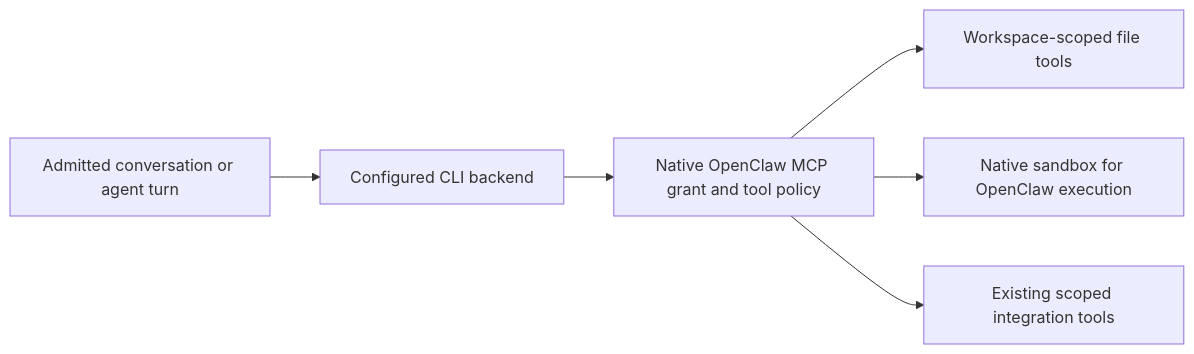
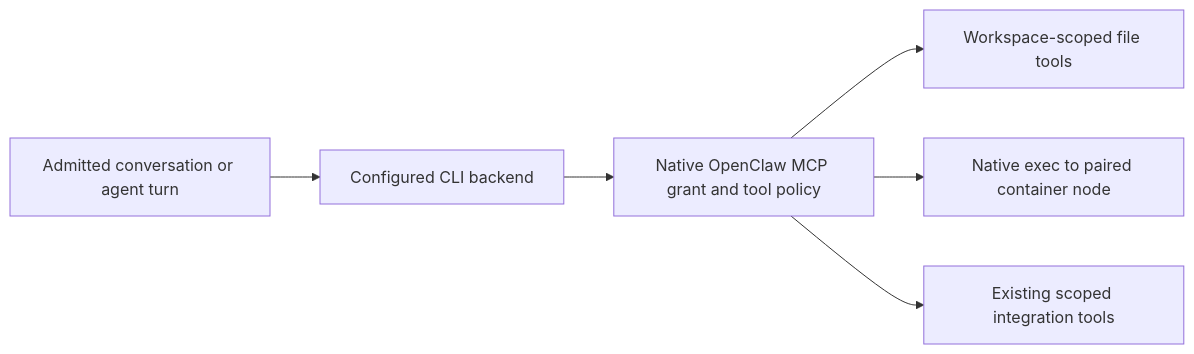
Before and after one commit to coletaylor788/puddles: the second of 2 diagrams in docs/plans/voice-consultation-through-agent-turn.md, drawn with Mermaid. The commit also changed other lines of this file, not shown here.

Commit message:
Record tested native container-node execution option

````diff
--- a/docs/plans/voice-consultation-through-agent-turn.md
+++ b/docs/plans/voice-consultation-through-agent-turn.md
@@ -54,8 +54,8 @@
 ```mermaid
 flowchart LR
   A[Admitted conversation or agent turn] --> C[Configured CLI backend]
   C --> M[Native OpenClaw MCP grant and tool policy]
   M --> F[Workspace-scoped file tools]
-  M --> X[Native sandbox for OpenClaw execution]
+  M --> X[Native exec to paired container node]
   M --> I[Existing scoped integration tools]
 ```
````
